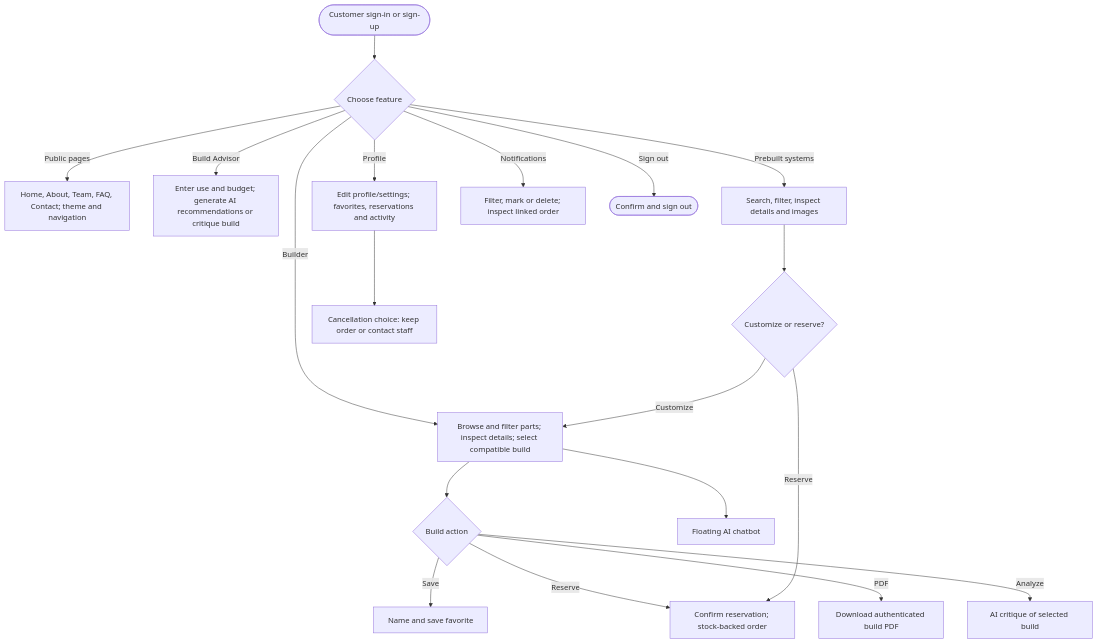
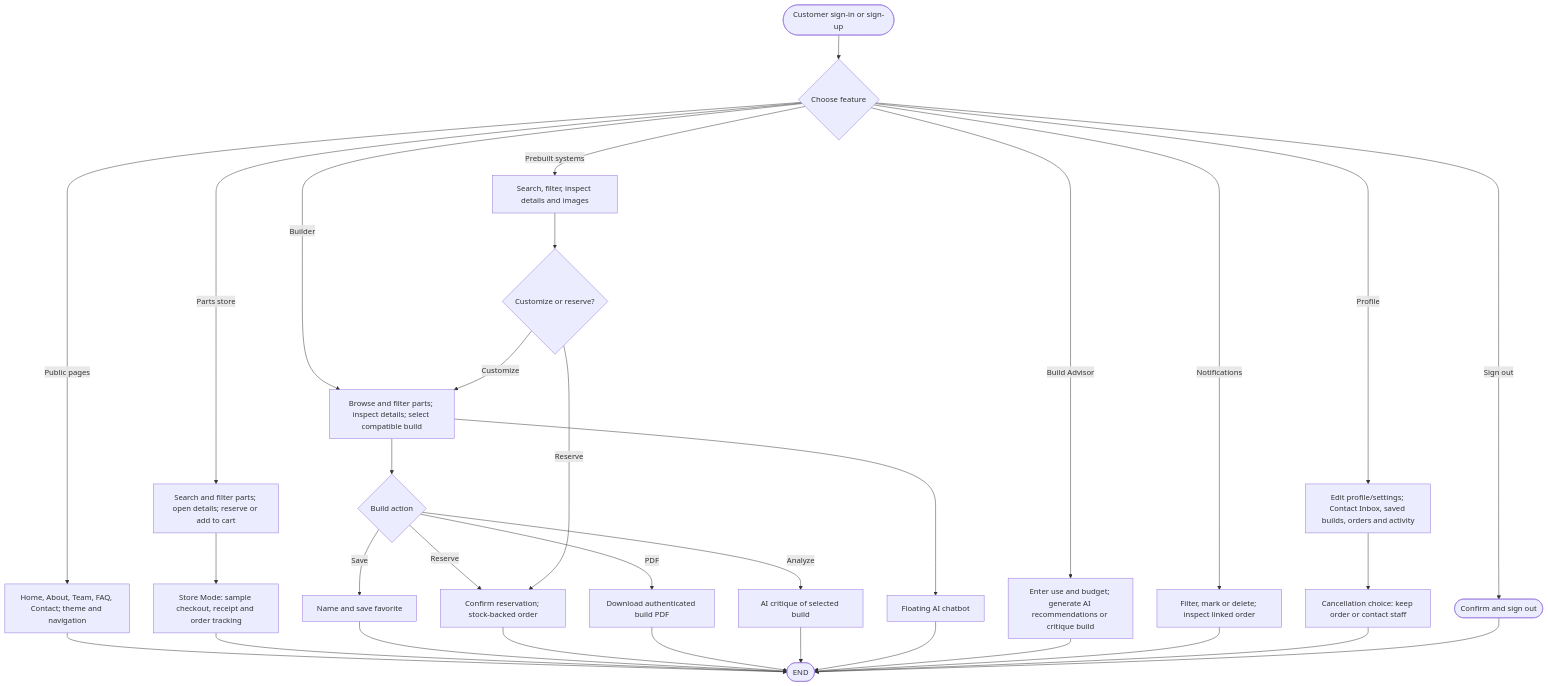
The first of 4 diagrams in docs/flowcharts/simplified-all-features-flowchart.md (VirgenRayzon/BuilbotAI), drawn with Mermaid before and after one commit. The commit also changed other lines of this file and 109 other files, not shown here.

Commit message:
feat(builder): add live recommendations, budget slider, and updated system flowcharts

````diff
--- a/docs/flowcharts/simplified-all-features-flowchart.md
+++ b/docs/flowcharts/simplified-all-features-flowchart.md
@@ -7,21 +11,34 @@
 ```mermaid
 flowchart TD
   UStart([Customer sign-in or sign-up]) --> UHome{Choose feature}
   UHome -- Public pages --> UPublic[Home, About, Team, FAQ, Contact; theme and navigation]
+  UHome -- Parts store --> UParts[Search and filter parts; open details; reserve or add to cart]
+  UParts --> UCheckout[Store Mode: sample checkout, receipt and order tracking]
   UHome -- Builder --> UBuilder[Browse and filter parts; inspect details; select compatible build]
   UBuilder --> UBuildChoice{Build action}
   UBuildChoice -- Save --> UFavorite[Name and save favorite]
   UBuildChoice -- Reserve --> UReserve[Confirm reservation; stock-backed order]
   UBuildChoice -- PDF --> UPdf[Download authenticated build PDF]
   UBuildChoice -- Analyze --> UCritique[AI critique of selected build]
   UBuilder --> UChat[Floating AI chatbot]
   UHome -- Build Advisor --> UAdvisor[Enter use and budget; generate AI recommendations or critique build]
   UHome -- Prebuilt systems --> UPrebuilt[Search, filter, inspect details and images]
   UPrebuilt --> UPrebuiltChoice{Customize or reserve?}
   UPrebuiltChoice -- Customize --> UBuilder
   UPrebuiltChoice -- Reserve --> UReserve
-  UHome -- Profile --> UProfile[Edit profile/settings; favorites, reservations and activity]
+  UHome -- Profile --> UProfile[Edit profile/settings; Contact Inbox, saved builds, orders and activity]
   UHome -- Notifications --> UNotice[Filter, mark or delete; inspect linked order]
   UProfile --> UCancel[Cancellation choice: keep order or contact staff]
   UHome -- Sign out --> UExit([Confirm and sign out])
+  UPublic --> Finish([END])
+  UCheckout --> Finish
+  UFavorite --> Finish
+  UReserve --> Finish
+  UPdf --> Finish
+  UCritique --> Finish
+  UChat --> Finish
+  UAdvisor --> Finish
+  UNotice --> Finish
+  UCancel --> Finish
+  UExit --> Finish
 ```
````
